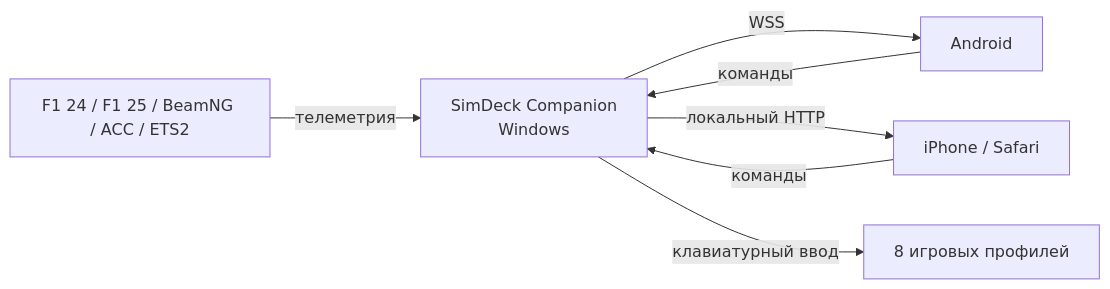
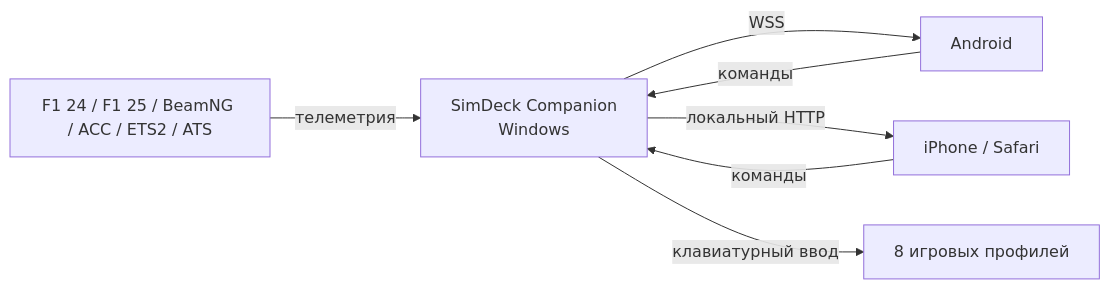
One commit to timurgass/SimDeck changed the diagram in README.md. Above: the diagram before and after it, drawn with Mermaid. The commit also changed other lines of this file and 50 other files, not shown here.

Commit message:
Add American Truck Simulator profile and installers in SimDeck 0.9.16

````diff
--- a/README.md
+++ b/README.md
@@ -240,9 +244,9 @@
 ```mermaid
 flowchart LR
-    TelemetryGames["F1 24 / F1 25 / BeamNG / ACC / ETS2"] -->|"телеметрия"| PC["SimDeck Companion<br/>Windows"]
+    TelemetryGames["F1 24 / F1 25 / BeamNG / ACC / ETS2 / ATS"] -->|"телеметрия"| PC["SimDeck Companion<br/>Windows"]
     PC -->|"WSS"| Android["Android"]
     PC -->|"локальный HTTP"| Safari["iPhone / Safari"]
     Android -->|"команды"| PC
     Safari -->|"команды"| PC
     PC -->|"клавиатурный ввод"| Games["8 игровых профилей"]
 ```
````
